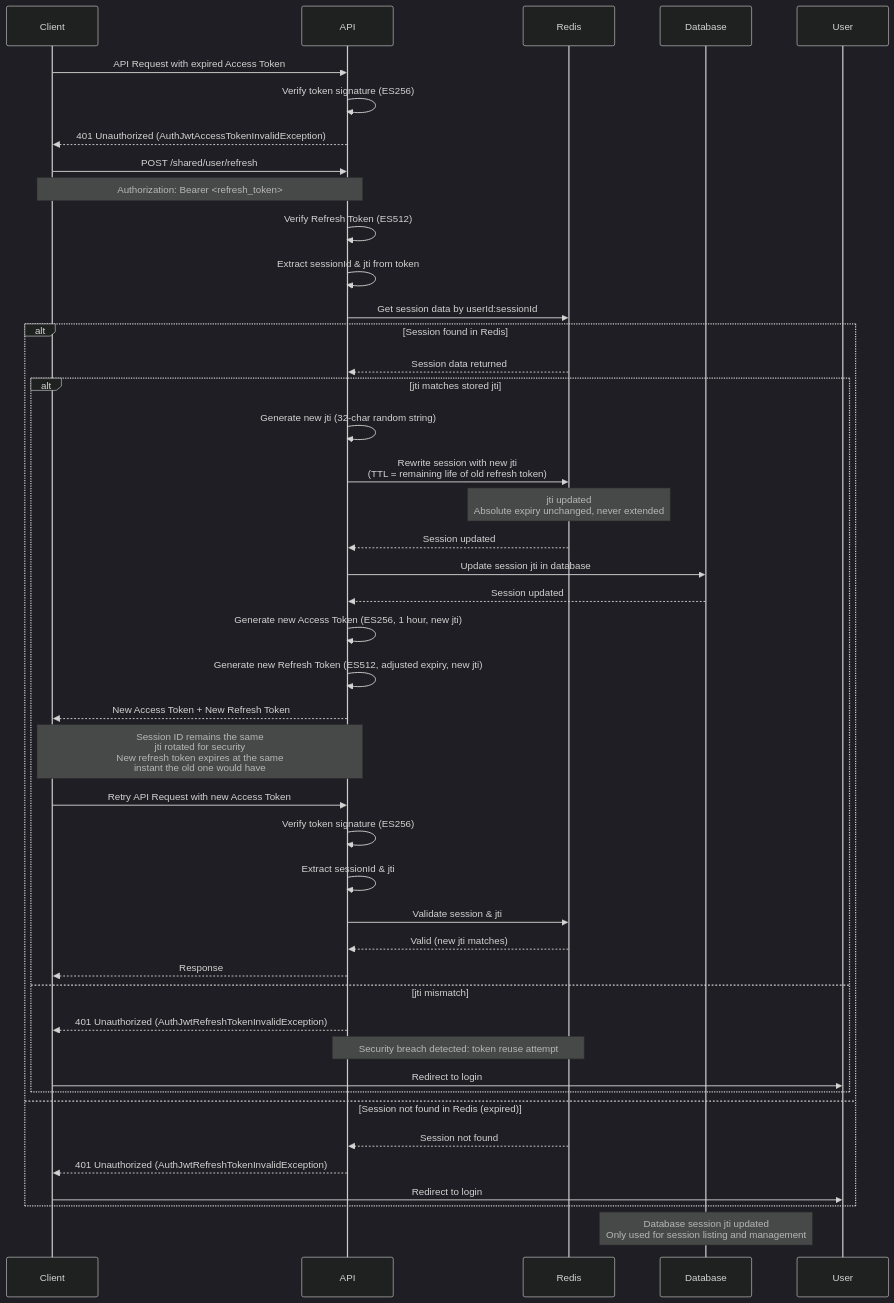
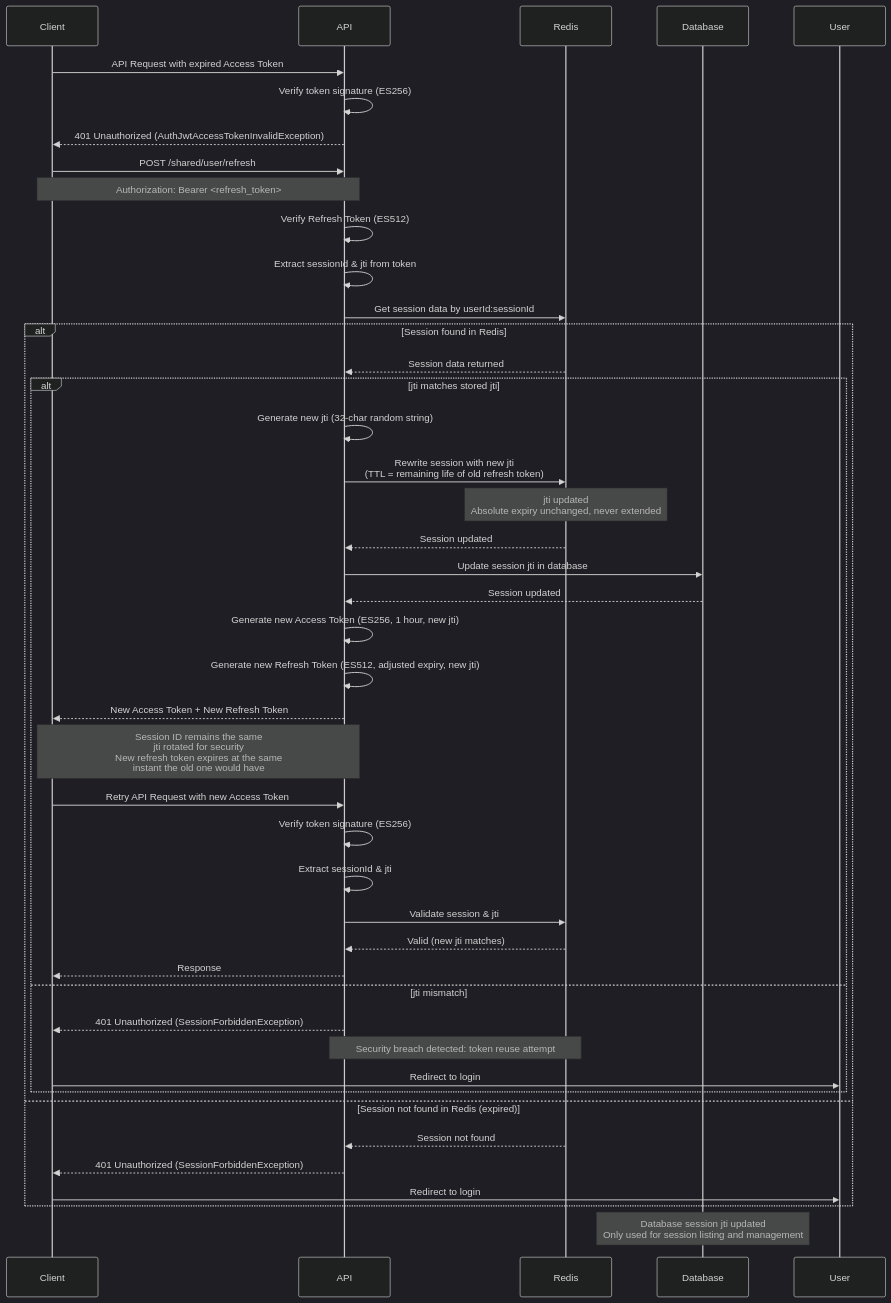
The third of 9 diagrams in docs/authentication.md (andrechristikan/ack-nestjs-boilerplate), drawn with Mermaid (dark theme) before and after one commit. The commit also changed other lines of this file and 31 other files, not shown here.

````diff
--- a/docs/authentication.md
+++ b/docs/authentication.md
@@ -292,59 +291,59 @@
 ```mermaid
 sequenceDiagram
     participant Client
     participant API
     participant Redis
     participant Database
 
     Client->>API: API Request with expired Access Token
     API->>API: Verify token signature (ES256)
     API-->>Client: 401 Unauthorized (AuthJwtAccessTokenInvalidException)
     
     Client->>API: POST /shared/user/refresh
     Note over Client,API: Authorization: Bearer <refresh_token>
     
     API->>API: Verify Refresh Token (ES512)
     API->>API: Extract sessionId & jti from token
     
     API->>Redis: Get session data by userId:sessionId
     
     alt Session found in Redis
         Redis-->>API: Session data returned
         
         alt jti matches stored jti
             API->>API: Generate new jti (32-char random string)
             
             API->>Redis: Rewrite session with new jti<br/>(TTL = remaining life of old refresh token)
             Note over Redis: jti updated<br/>Absolute expiry unchanged, never extended
             Redis-->>API: Session updated
             
             API->>Database: Update session jti in database
             Database-->>API: Session updated
             
             API->>API: Generate new Access Token (ES256, 1 hour, new jti)
             API->>API: Generate new Refresh Token (ES512, adjusted expiry, new jti)
             
             API-->>Client: New Access Token + New Refresh Token
             Note over Client,API: Session ID remains the same<br/>jti rotated for security<br/>New refresh token expires at the same<br/>instant the old one would have
             
             Client->>API: Retry API Request with new Access Token
             API->>API: Verify token signature (ES256)
             API->>API: Extract sessionId & jti
             API->>Redis: Validate session & jti
             Redis-->>API: Valid (new jti matches)
             API-->>Client: Response
             
         else jti mismatch
-            API-->>Client: 401 Unauthorized (AuthJwtRefreshTokenInvalidException)
+            API-->>Client: 401 Unauthorized (SessionForbiddenException)
             Note over API,Redis: Security breach detected: token reuse attempt
             Client->>User: Redirect to login
         end
         
     else Session not found in Redis (expired)
         Redis-->>API: Session not found
-        API-->>Client: 401 Unauthorized (AuthJwtRefreshTokenInvalidException)
+        API-->>Client: 401 Unauthorized (SessionForbiddenException)
         Client->>User: Redirect to login
     end
     
     Note over Database: Database session jti updated<br/>Only used for session listing and management
 ```
````
